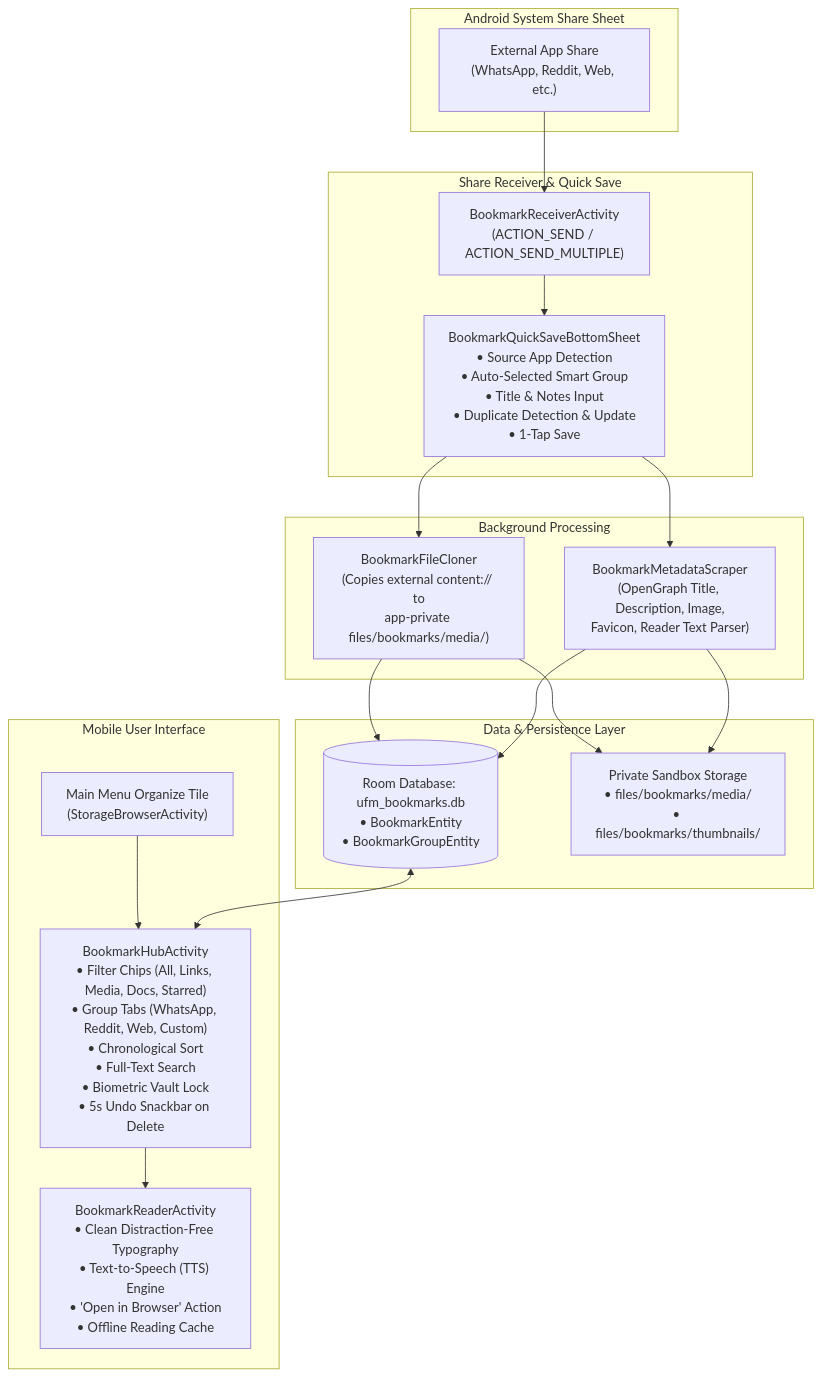
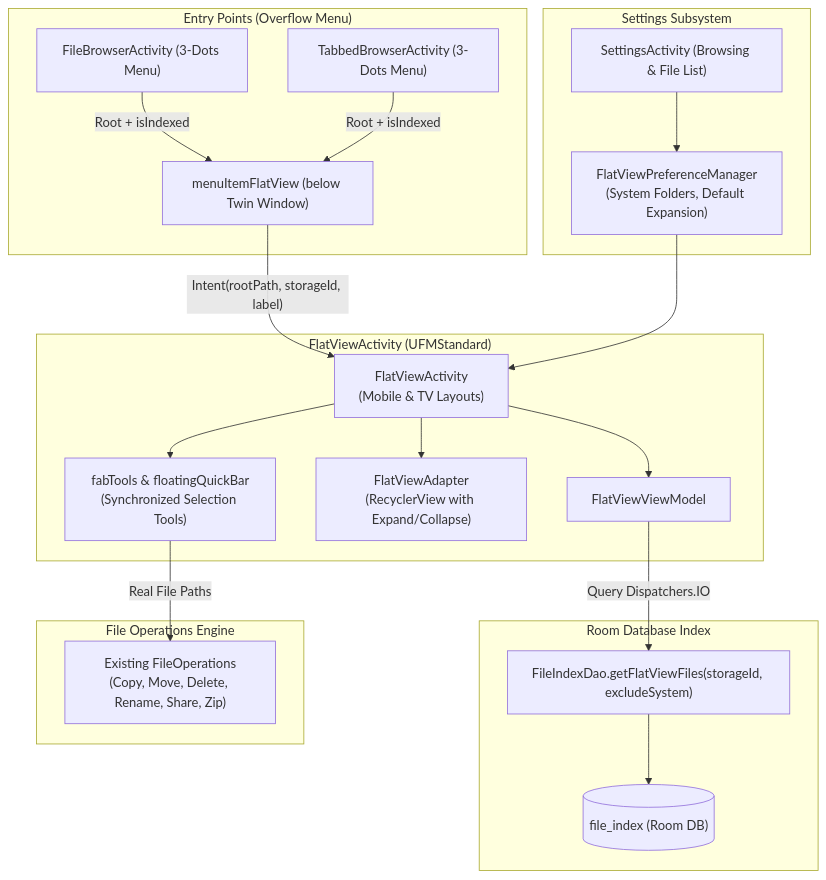
Before and after one commit to Kilowatch/ultimate-file-manager-pro: the diagram in .plans/plan.md, drawn with Mermaid. The commit also changed other lines of this file and 58 other files, not shown here.

Commit message:
New Feature Added 17112026-FlatView

````diff
--- a/.plans/plan.md
+++ b/.plans/plan.md
@@ -37,39 +23,30 @@
 ```mermaid
 flowchart TD
-    subgraph ShareSheet["Android System Share Sheet"]
-        SS["External App Share\n(WhatsApp, Reddit, Web, etc.)"]
+    subgraph UI_Entry["Entry Points (Overflow Menu)"]
+        FBA["FileBrowserActivity (3-Dots Menu)"]
+        TBA["TabbedBrowserActivity (3-Dots Menu)"]
+        FBA -->|"Root + isIndexed"| FVM["menuItemFlatView (below Twin Window)"]
+        TBA -->|"Root + isIndexed"| FVM
     end
 
-    subgraph Receiver["Share Receiver & Quick Save"]
-        BRA["BookmarkReceiverActivity\n(ACTION_SEND / ACTION_SEND_MULTIPLE)"]
-        BS["BookmarkQuickSaveBottomSheet\n• Source App Detection\n• Auto-Selected Smart Group\n• Title & Notes Input\n• Duplicate Detection & Update\n• 1-Tap Save"]
+    subgraph FlatViewScreen["FlatViewActivity (UFMStandard)"]
+        FVM -->|"Intent(rootPath, storageId, label)"| FVA["FlatViewActivity\n(Mobile & TV Layouts)"]
+        FVA --> VM["FlatViewViewModel"]
+        FVA --> FVA_Adapter["FlatViewAdapter\n(RecyclerView with Expand/Collapse)"]
+        FVA --> FAB["fabTools & floatingQuickBar\n(Synchronized Selection Tools)"]
     end
 
-    subgraph Processing["Background Processing"]
-        Scraper["BookmarkMetadataScraper\n(OpenGraph Title, Description, Image,\nFavicon, Reader Text Parser)"]
-        Cloner["BookmarkFileCloner\n(Copies external content:// to\napp-private files/bookmarks/media/)"]
+    subgraph DataLayer["Room Database Index"]
+        VM -->|"Query Dispatchers.IO"| FID["FileIndexDao.getFlatViewFiles(storageId, excludeSystem)"]
+        FID --> DB[("file_index (Room DB)")]
     end
 
-    subgraph StorageLayer["Data & Persistence Layer"]
-        DB[("Room Database: ufm_bookmarks.db\n• BookmarkEntity\n• BookmarkGroupEntity")]
-        Sandbox["Private Sandbox Storage\n• files/bookmarks/media/\n• files/bookmarks/thumbnails/"]
+    subgraph Operations["File Operations Engine"]
+        FAB -->|"Real File Paths"| OP["Existing FileOperations\n(Copy, Move, Delete, Rename, Share, Zip)"]
     end
 
-    subgraph UI["Mobile User Interface"]
-        Tile["Main Menu Organize Tile\n(StorageBrowserActivity)"]
-        Hub["BookmarkHubActivity\n• Filter Chips (All, Links, Media, Docs, Starred)\n• Group Tabs (WhatsApp, Reddit, Web, Custom)\n• Chronological Sort\n• Full-Text Search\n• Biometric Vault Lock\n• 5s Undo Snackbar on Delete"]
-        Reader["BookmarkReaderActivity\n• Clean Distraction-Free Typography\n• Text-to-Speech (TTS) Engine\n• 'Open in Browser' Action\n• Offline Reading Cache"]
+    subgraph SettingsSubsystem["Settings Subsystem"]
+        SA["SettingsActivity (Browsing & File List)"] --> FVPM["FlatViewPreferenceManager\n(System Folders, Default Expansion)"]
+        FVPM --> FVA
     end
-
-    SS --> BRA
-    BRA --> BS
-    BS --> Cloner
-    BS --> Scraper
-    Cloner --> Sandbox
-    Scraper --> Sandbox
-    Cloner --> DB
-    Scraper --> DB
-    Tile --> Hub
-    DB <--> Hub
-    Hub --> Reader
 ```
````
